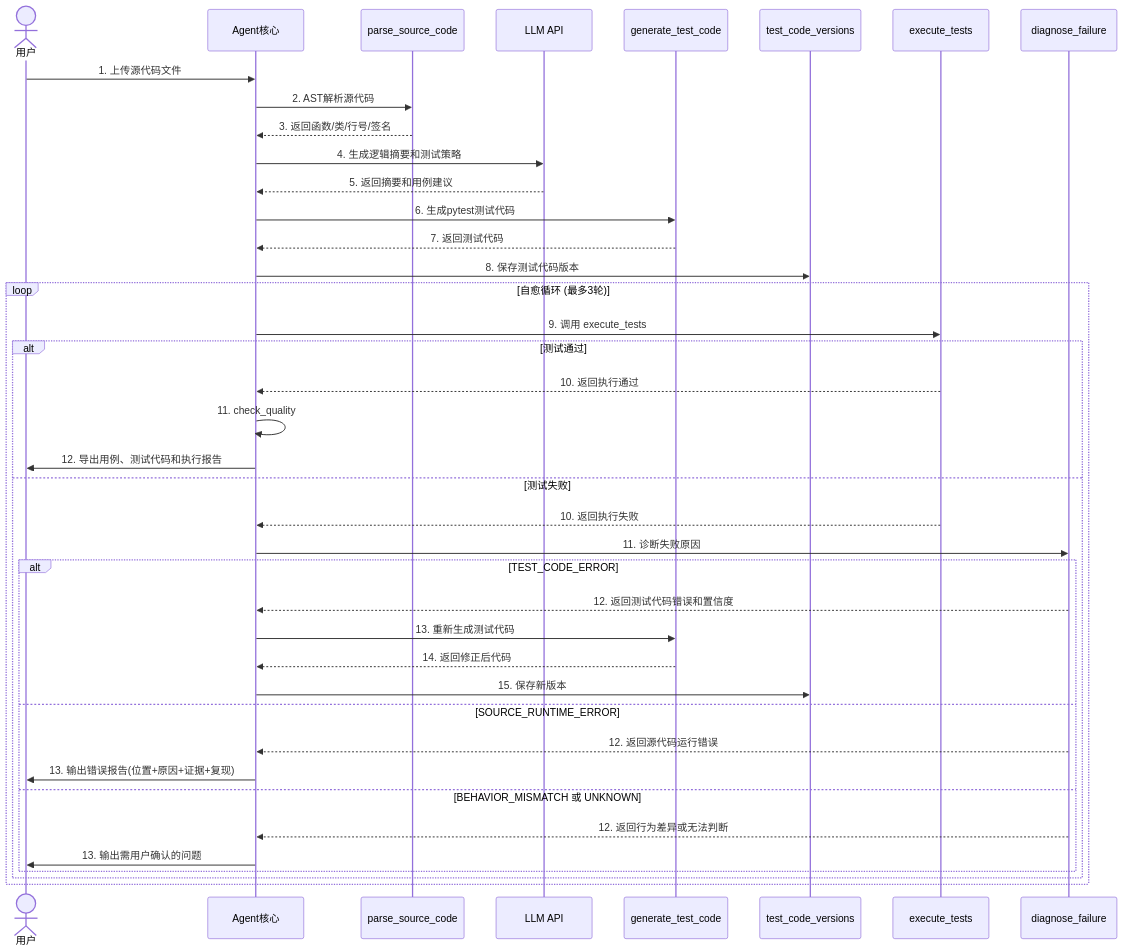
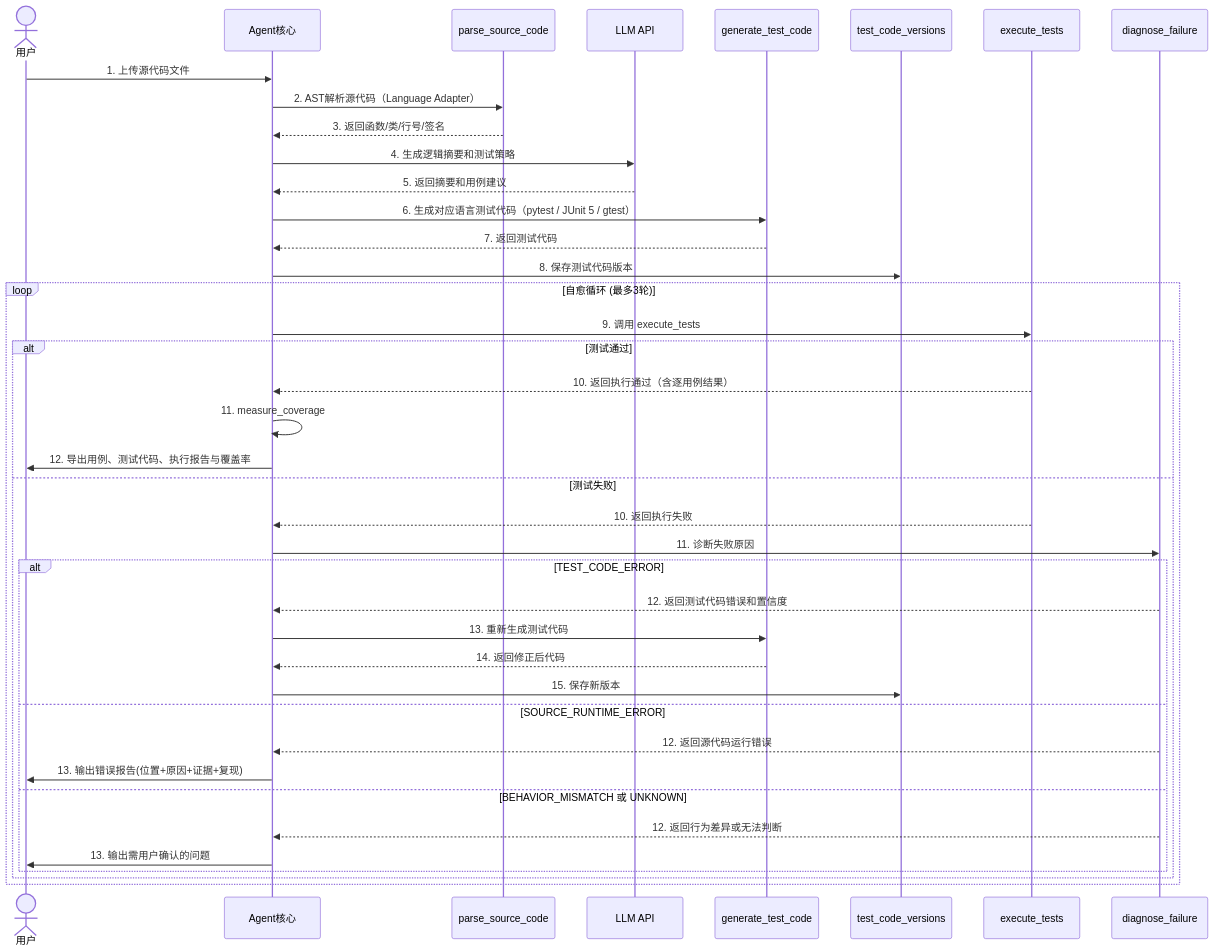
The third of 3 diagrams in doc/详细设计文档.md (sanqianclx/TestCaseAgent), drawn with Mermaid before and after one commit. The commit also changed other lines of this file and 7 other files, not shown here.

````diff
--- a/doc/详细设计文档.md
+++ b/doc/详细设计文档.md
@@ -996,44 +1157,44 @@
 ```mermaid
 sequenceDiagram
     actor User as 用户
     participant Agent as Agent核心
     participant Parse as parse_source_code
     participant LLM as LLM API
     participant Gen as generate_test_code
     participant Version as test_code_versions
     participant Exec as execute_tests
     participant Diag as diagnose_failure
 
     User->>Agent: 1. 上传源代码文件
-    Agent->>Parse: 2. AST解析源代码
+    Agent->>Parse: 2. AST解析源代码（Language Adapter）
     Parse-->>Agent: 3. 返回函数/类/行号/签名
     Agent->>LLM: 4. 生成逻辑摘要和测试策略
     LLM-->>Agent: 5. 返回摘要和用例建议
-    Agent->>Gen: 6. 生成pytest测试代码
+    Agent->>Gen: 6. 生成对应语言测试代码（pytest / JUnit 5 / gtest）
     Gen-->>Agent: 7. 返回测试代码
     Agent->>Version: 8. 保存测试代码版本
 
     loop 自愈循环 (最多3轮)
         Agent->>Exec: 9. 调用 execute_tests
         alt 测试通过
-            Exec-->>Agent: 10. 返回执行通过
-            Agent->>Agent: 11. check_quality
-            Agent->>User: 12. 导出用例、测试代码和执行报告
+            Exec-->>Agent: 10. 返回执行通过（含逐用例结果）
+            Agent->>Agent: 11. measure_coverage
+            Agent->>User: 12. 导出用例、测试代码、执行报告与覆盖率
         else 测试失败
             Exec-->>Agent: 10. 返回执行失败
             Agent->>Diag: 11. 诊断失败原因
             alt TEST_CODE_ERROR
                 Diag-->>Agent: 12. 返回测试代码错误和置信度
                 Agent->>Gen: 13. 重新生成测试代码
                 Gen-->>Agent: 14. 返回修正后代码
                 Agent->>Version: 15. 保存新版本
             else SOURCE_RUNTIME_ERROR
                 Diag-->>Agent: 12. 返回源代码运行错误
                 Agent->>User: 13. 输出错误报告(位置+原因+证据+复现)
             else BEHAVIOR_MISMATCH 或 UNKNOWN
                 Diag-->>Agent: 12. 返回行为差异或无法判断
                 Agent->>User: 13. 输出需用户确认的问题
             end
         end
     end
 ```
````
